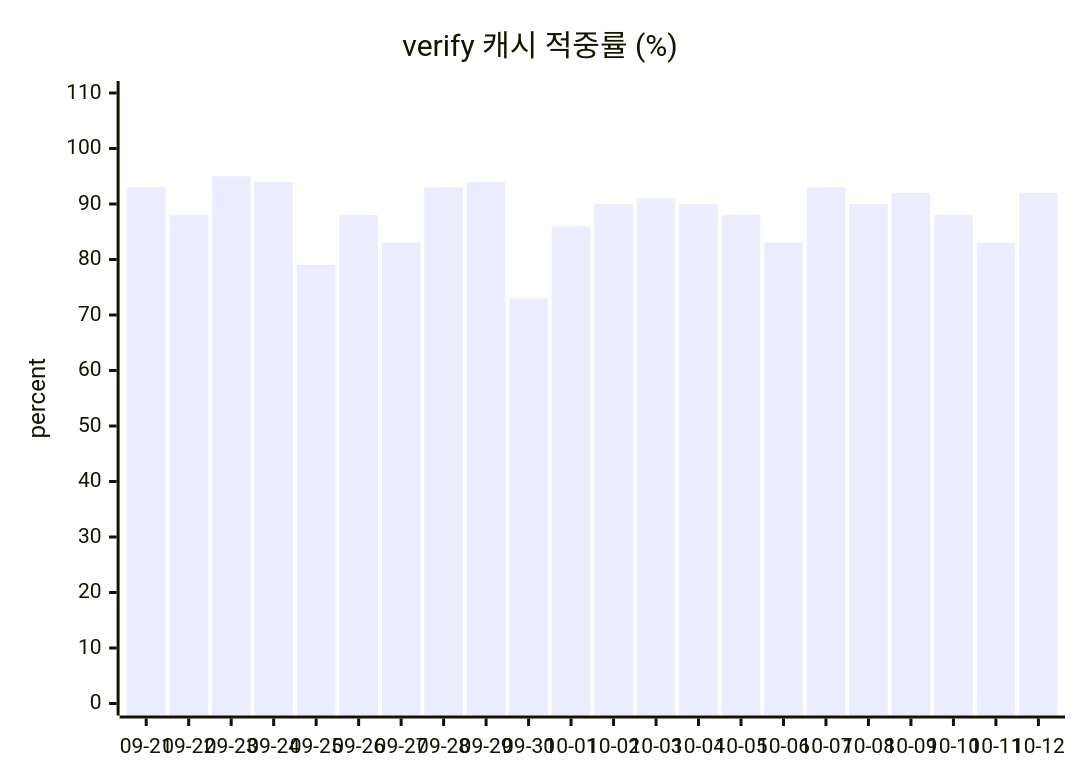
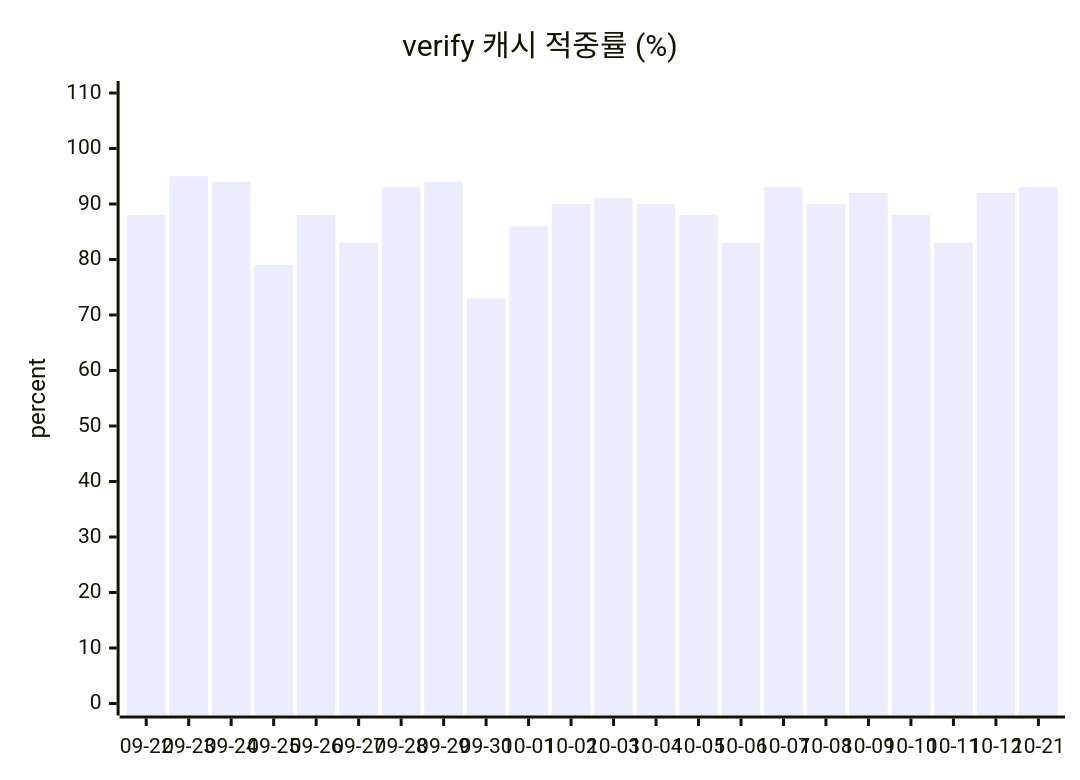
Before and after one commit to userri/PinQ-backend: the second of 2 diagrams in docs/data/token-usage.md, drawn with Mermaid. The commit also changed other lines of this file and 4 other files, not shown here.

````diff
--- a/docs/data/token-usage.md
+++ b/docs/data/token-usage.md
@@ -120,7 +120,7 @@
 ```mermaid
 xychart-beta
     title "verify 캐시 적중률 (%)"
-    x-axis ["09-21", "09-22", "09-23", "09-24", "09-25", "09-26", "09-27", "09-28", "09-29", "09-30", "10-01", "10-02", "10-03", "10-04", "10-05", "10-06", "10-07", "10-08", "10-09", "10-10", "10-11", "10-12"]
+    x-axis ["09-22", "09-23", "09-24", "09-25", "09-26", "09-27", "09-28", "09-29", "09-30", "10-01", "10-02", "10-03", "10-04", "10-05", "10-06", "10-07", "10-08", "10-09", "10-10", "10-11", "10-12", "10-21"]
     y-axis "percent" 0 --> 110
-    bar [93, 88, 95, 94, 79, 88, 83, 93, 94, 73, 86, 90, 91, 90, 88, 83, 93, 90, 92, 88, 83, 92]
+    bar [88, 95, 94, 79, 88, 83, 93, 94, 73, 86, 90, 91, 90, 88, 83, 93, 90, 92, 88, 83, 92, 93]
 ```
````
